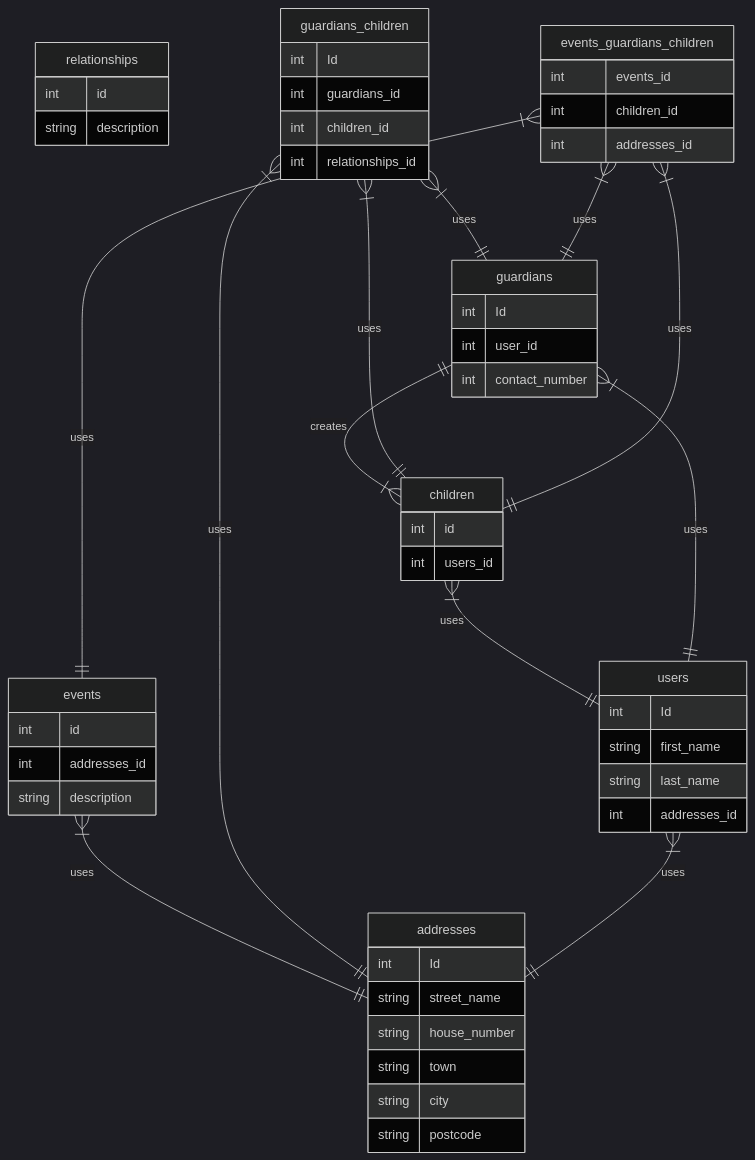
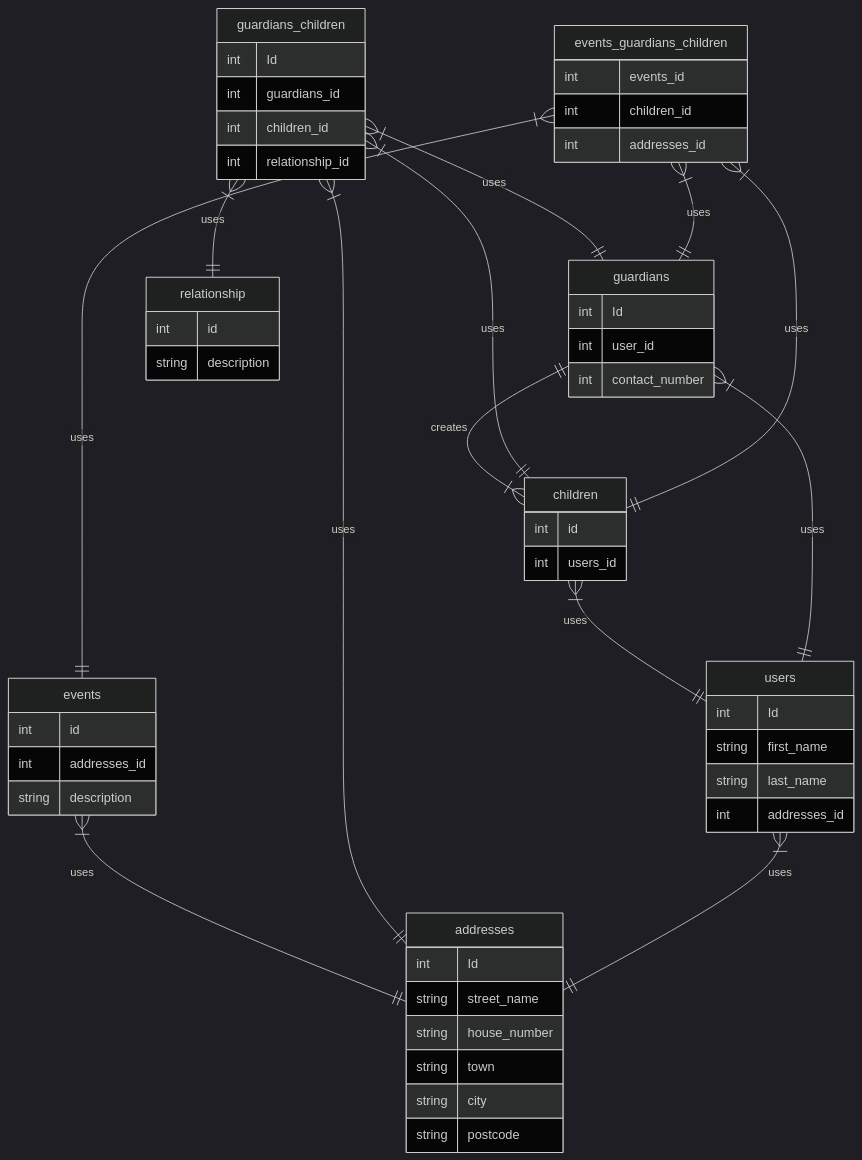
The second of 2 diagrams in README.md (ChrisUno/Childcare), drawn with Mermaid before and after one commit.

````diff
--- a/README.md
+++ b/README.md
@@ -59,62 +59,63 @@
 ``` mermaid
 %%{init: {'theme': 'dark' } }%%
 
 erDiagram
 
     guardians {
         int Id
         int user_id
         int contact_number
     }
-    relationships {
+    relationship {
         int id
         string description
     }
     children {
         int id
         int users_id
     }
     guardians_children {
         int Id
         int guardians_id
         int children_id
-        int relationships_id
+        int relationship_id
     }
     events {
         int id
         int addresses_id
         string description
     }
     events_guardians_children {
         int events_id
         int children_id
         int addresses_id
     }
     addresses {
         int Id
         string street_name
         string house_number
         string town
         string city
         string postcode
     }
     users {
         int Id
         string first_name
         string last_name
         int addresses_id
     }
 
     guardians ||--|{ children: "creates"
     children }|--|| users: "uses"
     events }|--|| addresses: "uses"
     guardians }|--|| users: "uses"
     guardians_children }|--|| guardians: "uses"
     guardians_children }|--|| children: "uses"
     guardians_children }|--|| addresses: "uses"
+    guardians_children }|--|| relationship: "uses"
     users }|--|| addresses: "uses"
     events_guardians_children }|--|| guardians: "uses"
     events_guardians_children }|--|| events: "uses"
     events_guardians_children }|--|| children: "uses"
 
 ```
````
